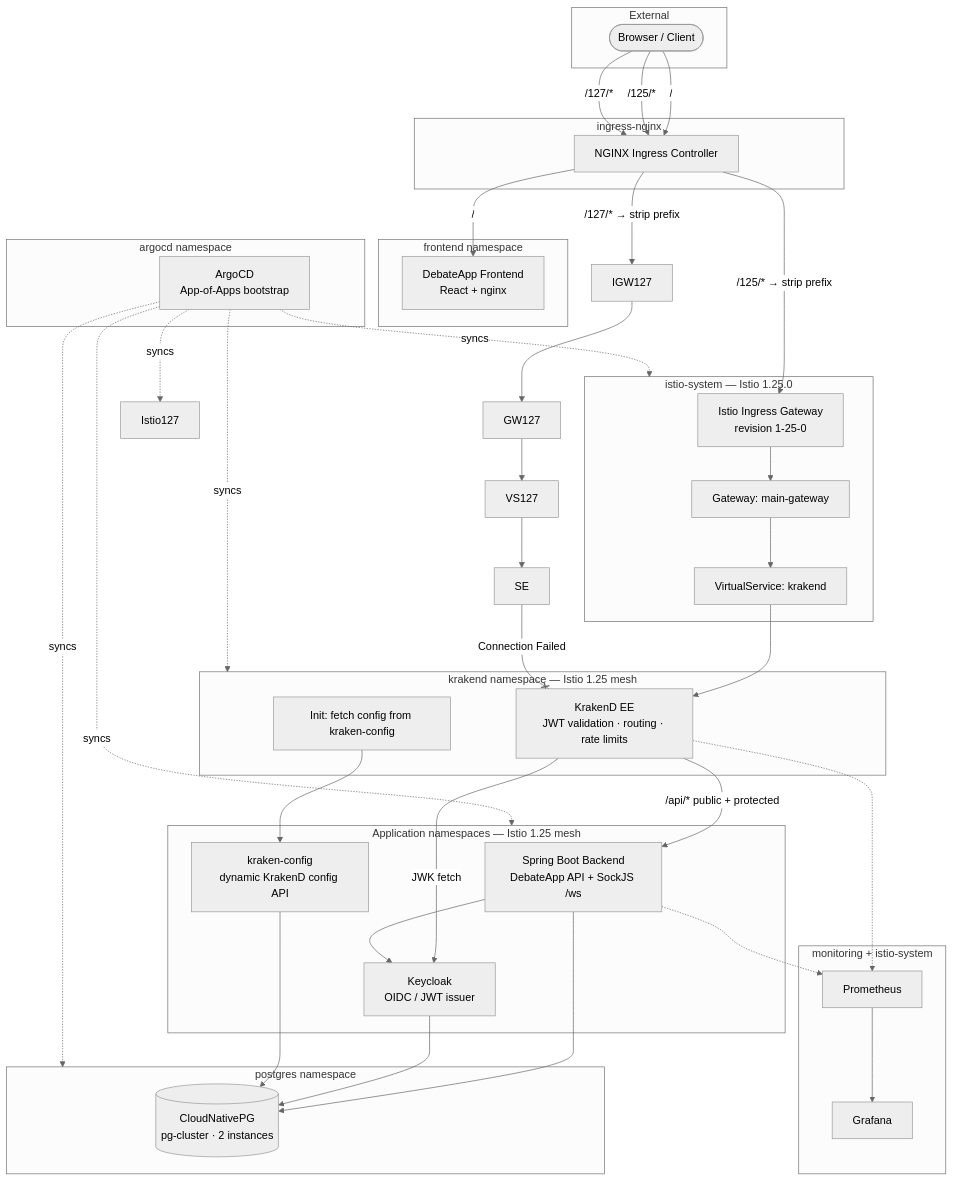
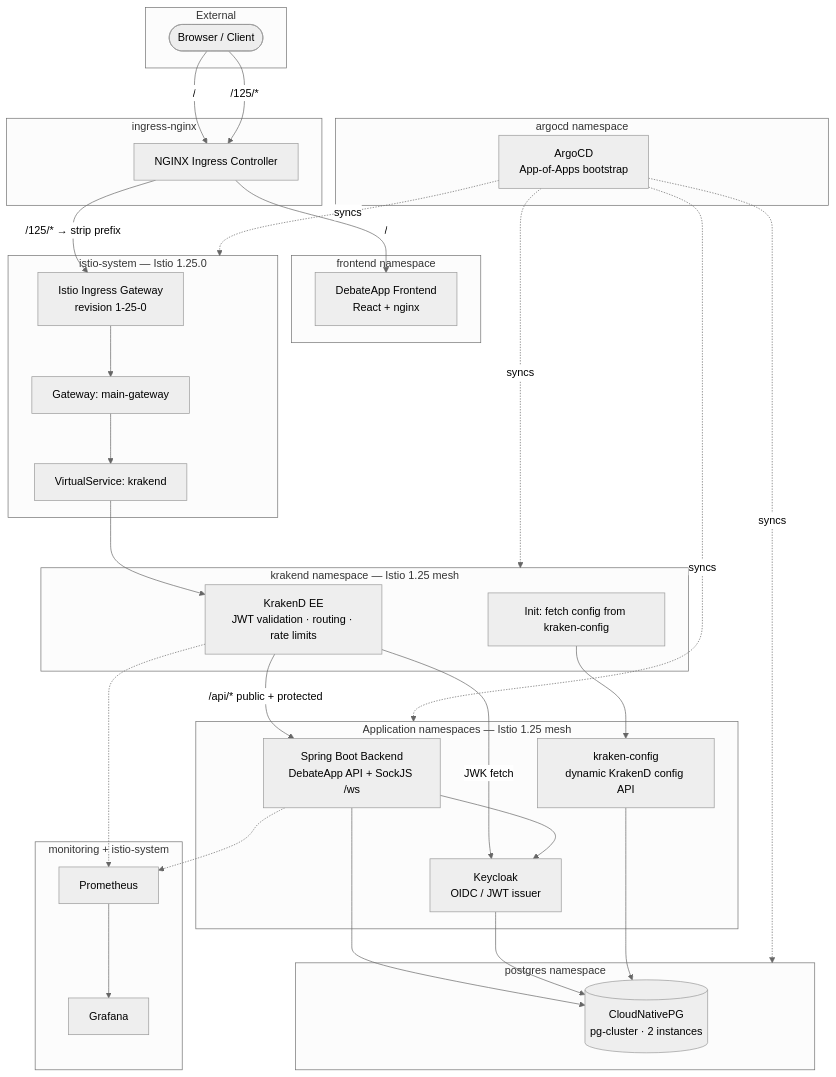
The diagram in README.md (niteeshchaudhary/k8_istio_krakend), drawn with Mermaid (neutral theme) before and after one commit. The commit also changed other lines of this file, not shown here.

Commit message:
diagram fix

````diff
--- a/README.md
+++ b/README.md
@@ -9,73 +9,69 @@
 ```mermaid
 flowchart TB
     subgraph External
         User([Browser / Client])
     end
 
     subgraph Ingress["ingress-nginx"]
         NGX[NGINX Ingress Controller]
     end
 
     subgraph Frontend["frontend namespace"]
         FE[DebateApp Frontend<br/>React + nginx]
     end
 
     subgraph Istio125["istio-system — Istio 1.25.0"]
         IGW125[Istio Ingress Gateway<br/>revision 1-25-0]
         GW125[Gateway: main-gateway]
         VS125[VirtualService: krakend]
     end
 
     subgraph Gateway["krakend namespace — Istio 1.25 mesh"]
         KGD[KrakenD EE<br/>JWT validation · routing · rate limits]
         KC[Init: fetch config from kraken-config]
     end
 
     subgraph Apps["Application namespaces — Istio 1.25 mesh"]
         BE[Spring Boot Backend<br/>DebateApp API + SockJS /ws]
         KCfg[kraken-config<br/>dynamic KrakenD config API]
         KCloak[Keycloak<br/>OIDC / JWT issuer]
     end
 
     subgraph Data["postgres namespace"]
         CNPG[(CloudNativePG<br/>pg-cluster · 2 instances)]
     end
 
     subgraph GitOps["argocd namespace"]
         Argo[ArgoCD<br/>App-of-Apps bootstrap]
     end
 
     subgraph Observability["monitoring + istio-system"]
         Prom[Prometheus]
         Graf[Grafana]
     end
 
     User -->|"/"| NGX
     User -->|"/125/*"| NGX
-    User -->|"/127/*"| NGX
 
     NGX -->|"/"| FE
     NGX -->|"/125/* → strip prefix"| IGW125
-    NGX -->|"/127/* → strip prefix"| IGW127
 
     IGW125 --> GW125 --> VS125 --> KGD
-    IGW127 --> GW127 --> VS127 --> SE --x|Connection Failed| KGD
 
     KC --> KCfg
     KGD -->|"/api/* public + protected"| BE
     KGD -->|JWK fetch| KCloak
     BE --> KCloak
     BE --> CNPG
     KCloak --> CNPG
     KCfg --> CNPG
 
     Argo -.->|syncs| Istio125
-    Argo -.->|syncs| Istio127
     Argo -.->|syncs| Gateway
     Argo -.->|syncs| Apps
     Argo -.->|syncs| Data
 
     KGD -.-> Prom
     BE -.-> Prom
     Prom --> Graf
 ```
````
